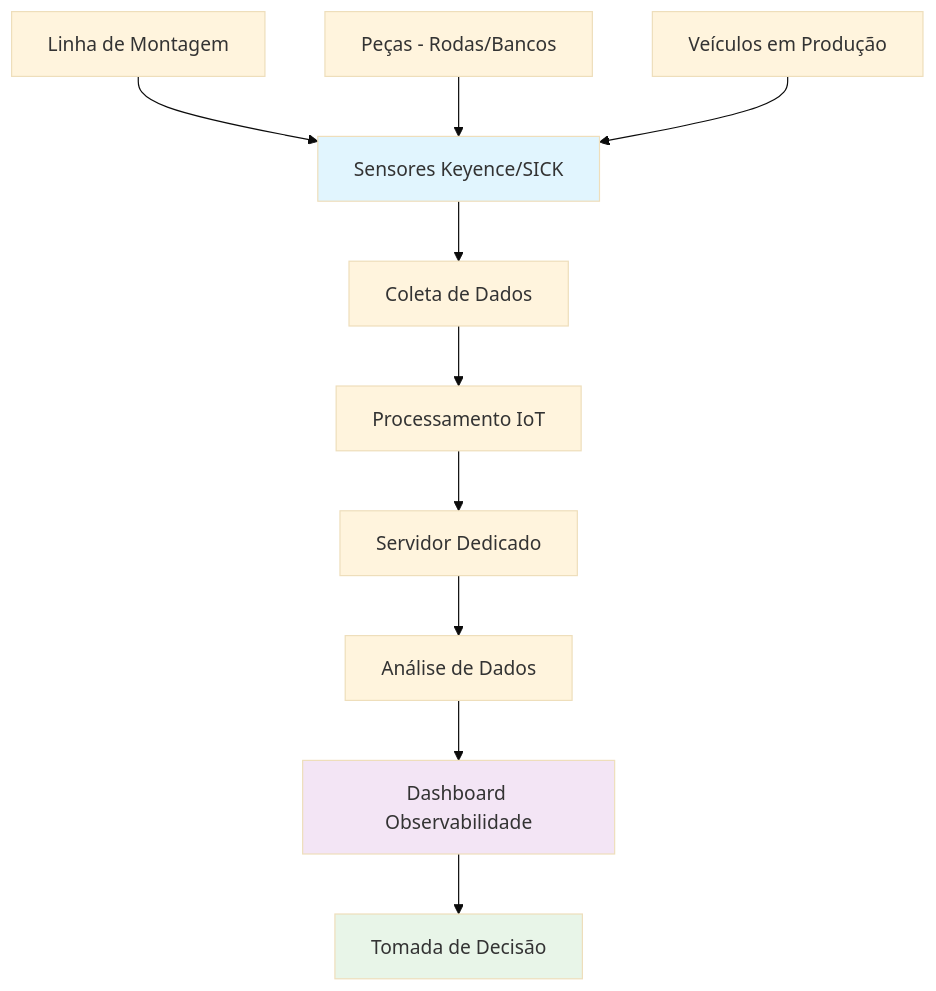
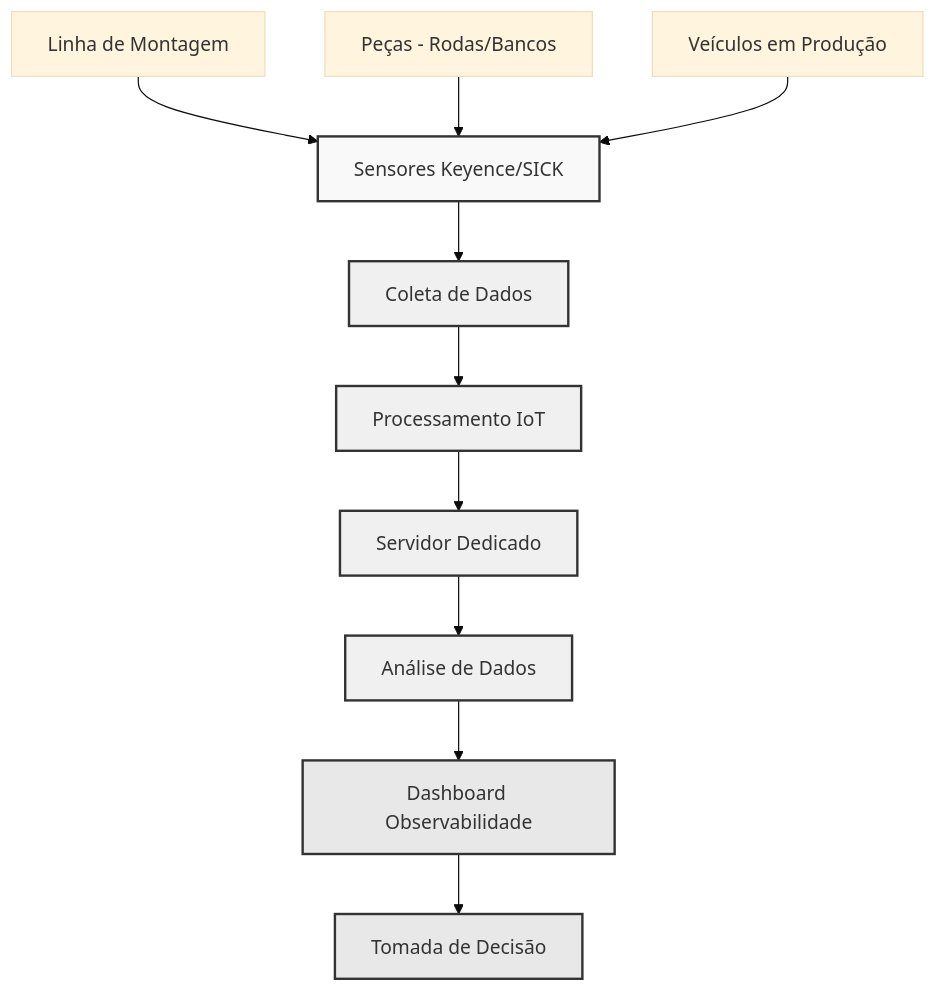
Before and after one commit to afonsolelis/20254_inteli_ad04: the first of 5 diagrams in README.md, drawn with Mermaid (base theme). The commit also changed other lines of this file, not shown here.

First line of the commit message:
refactor: Optimize Mermaid diagrams for black and white rendering

````diff
--- a/README.md
+++ b/README.md
@@ -94,17 +94,21 @@
 ```mermaid
 graph TD
     A[Sensores Keyence/SICK] --> B[Coleta de Dados]
     B --> C[Processamento IoT]
     C --> D[Servidor Dedicado]
     D --> E[Análise de Dados]
     E --> F[Dashboard Observabilidade]
     F --> G[Tomada de Decisão]
     
     H[Linha de Montagem] --> A
     I[Peças - Rodas/Bancos] --> A
     J[Veículos em Produção] --> A
     
-    style A fill:#e1f5fe
-    style F fill:#f3e5f5
-    style G fill:#e8f5e8
+    classDef sensor fill:#f9f9f9,stroke:#333,stroke-width:2px
+    classDef process fill:#f0f0f0,stroke:#333,stroke-width:2px
+    classDef output fill:#e8e8e8,stroke:#333,stroke-width:2px
+    
+    class A sensor
+    class B,C,D,E process
+    class F,G output
 ```
````
